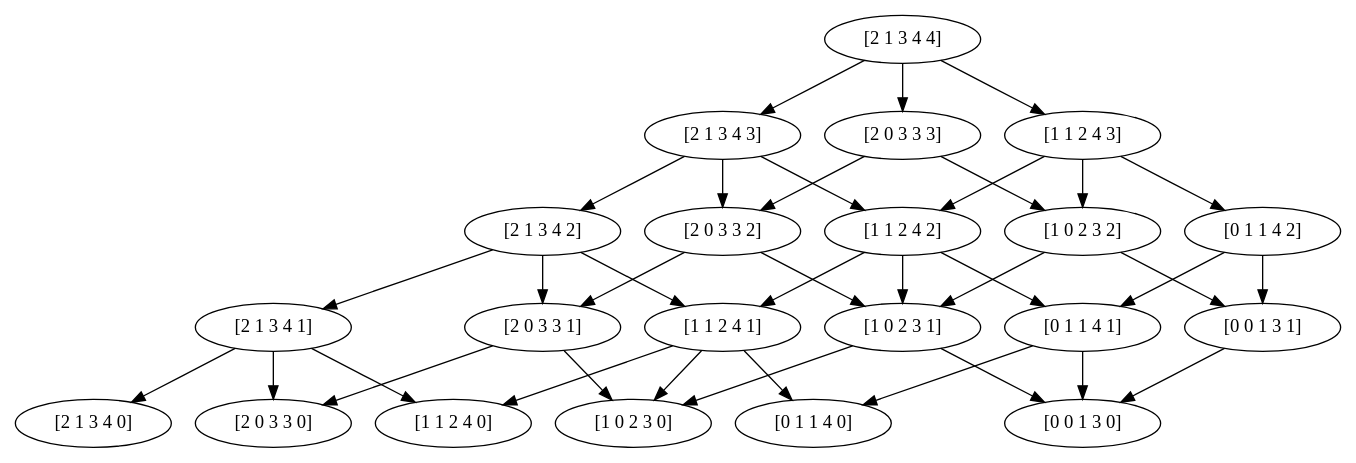
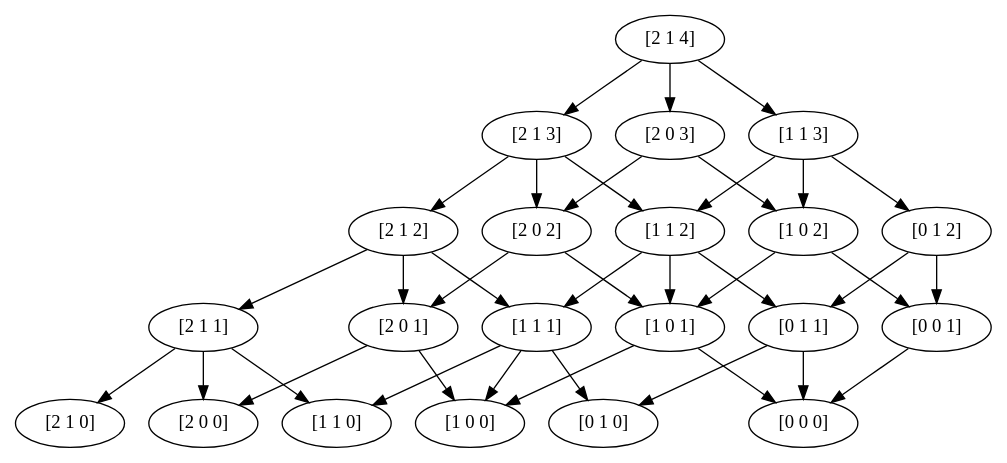
Before and after one commit to rb4k/DP-RM-with-storage: the diagram in test.dot, drawn with Graphviz. The commit also changed 7 other files, not shown here.

```diff
--- a/test.dot
+++ b/test.dot
@@ -1,59 +1,339 @@
-digraph G {
-0 [time=0, capacity="[2 1 3 4]", value=0, label="[2 1 3 4 0]"];
-1 [time=1, capacity="[2 1 3 4]", value="70.0", label="[2 1 3 4 1]"];
-2 [time=2, capacity="[2 1 3 4]", value="138.0", label="[2 1 3 4 2]"];
-3 [time=3, capacity="[2 1 3 4]", value="191.69", label="[2 1 3 4 3]"];
-4 [time=4, capacity="[2 1 3 4]", value="231.25", label="[2 1 3 4 4]"];
-555 [time=0, capacity="[0 0 1 3]", value=0, label="[0 0 1 3 0]"];
-556 [time=1, capacity="[0 0 1 3]", value="0.0", label="[0 0 1 3 1]"];
-450 [time=0, capacity="[0 1 1 4]", value=0, label="[0 1 1 4 0]"];
-451 [time=1, capacity="[0 1 1 4]", value="20.0", label="[0 1 1 4 1]"];
-452 [time=2, capacity="[0 1 1 4]", value="38.0", label="[0 1 1 4 2]"];
-330 [time=0, capacity="[1 0 2 3]", value=0, label="[1 0 2 3 0]"];
-331 [time=1, capacity="[1 0 2 3]", value="50.0", label="[1 0 2 3 1]"];
-332 [time=2, capacity="[1 0 2 3]", value="75.0", label="[1 0 2 3 2]"];
-225 [time=0, capacity="[1 1 2 4]", value=0, label="[1 1 2 4 0]"];
-226 [time=1, capacity="[1 1 2 4]", value="70.0", label="[1 1 2 4 1]"];
-227 [time=2, capacity="[1 1 2 4]", value="113.0", label="[1 1 2 4 2]"];
-228 [time=3, capacity="[1 1 2 4]", value="141.7", label="[1 1 2 4 3]"];
-105 [time=0, capacity="[2 0 3 3]", value=0, label="[2 0 3 3 0]"];
-106 [time=1, capacity="[2 0 3 3]", value="50.0", label="[2 0 3 3 1]"];
-107 [time=2, capacity="[2 0 3 3]", value="100.0", label="[2 0 3 3 2]"];
-108 [time=3, capacity="[2 0 3 3]", value="137.5", label="[2 0 3 3 3]"];
-1 -> 0  [key=0, weight_goal=0, goal="[2 1 3 4 0]", weight=0, revenue=0, time=1];
-1 -> 225  [key=1, weight_goal=0, goal="[1 1 2 4 0]", weight=100, revenue=100, time=1];
-1 -> 105  [key=2, weight_goal=0, goal="[2 0 3 3 0]", weight=200, revenue=200, time=1];
-2 -> 1  [key=0, weight_goal="70.0", goal="[2 1 3 4 1]", weight=0, revenue=0, time=2];
-2 -> 226  [key=1, weight_goal="70.0", goal="[1 1 2 4 1]", weight="100.0", revenue=100, time=2];
-2 -> 106  [key=2, weight_goal="50.0", goal="[2 0 3 3 1]", weight="180.0", revenue=200, time=2];
-3 -> 2  [key=0, weight_goal="138.0", goal="[2 1 3 4 2]", weight=0, revenue=0, time=3];
-3 -> 107  [key=2, weight_goal="100.0", goal="[2 0 3 3 2]", weight="162.0", revenue=200, time=3];
-3 -> 227  [key=1, weight_goal="113.0", goal="[1 1 2 4 2]", weight="75.0", revenue=100, time=3];
-4 -> 228  [key=1, weight_goal="141.7", goal="[1 1 2 4 3]", weight="50.01", revenue=100, time=4];
-4 -> 3  [key=0, weight_goal="191.69", goal="[2 1 3 4 3]", weight=0, revenue=0, time=4];
-4 -> 108  [key=2, weight_goal="137.5", goal="[2 0 3 3 3]", weight="145.81", revenue=200, time=4];
-556 -> 555  [key=0, weight_goal=0, goal="[0 0 1 3 0]", weight=0, revenue=0, time=1];
-451 -> 450  [key=0, weight_goal=0, goal="[0 1 1 4 0]", weight=0, revenue=0, time=1];
-451 -> 555  [key=2, weight_goal=0, goal="[0 0 1 3 0]", weight=200, revenue=200, time=1];
-452 -> 451  [key=0, weight_goal="20.0", goal="[0 1 1 4 1]", weight=0, revenue=0, time=2];
-452 -> 556  [key=2, weight_goal="0.0", goal="[0 0 1 3 1]", weight="180.0", revenue=200, time=2];
-331 -> 330  [key=0, weight_goal=0, goal="[1 0 2 3 0]", weight=0, revenue=0, time=1];
-331 -> 555  [key=1, weight_goal=0, goal="[0 0 1 3 0]", weight=100, revenue=100, time=1];
-332 -> 331  [key=0, weight_goal="50.0", goal="[1 0 2 3 1]", weight=0, revenue=0, time=2];
-332 -> 556  [key=1, weight_goal="0.0", goal="[0 0 1 3 1]", weight="50.0", revenue=100, time=2];
-226 -> 225  [key=0, weight_goal=0, goal="[1 1 2 4 0]", weight=0, revenue=0, time=1];
-226 -> 450  [key=1, weight_goal=0, goal="[0 1 1 4 0]", weight=100, revenue=100, time=1];
-226 -> 330  [key=2, weight_goal=0, goal="[1 0 2 3 0]", weight=200, revenue=200, time=1];
-227 -> 226  [key=0, weight_goal="70.0", goal="[1 1 2 4 1]", weight=0, revenue=0, time=2];
-227 -> 331  [key=2, weight_goal="50.0", goal="[1 0 2 3 1]", weight="180.0", revenue=200, time=2];
-227 -> 451  [key=1, weight_goal="20.0", goal="[0 1 1 4 1]", weight="50.0", revenue=100, time=2];
-228 -> 332  [key=2, weight_goal="75.0", goal="[1 0 2 3 2]", weight="162.0", revenue=200, time=3];
-228 -> 227  [key=0, weight_goal="113.0", goal="[1 1 2 4 2]", weight=0, revenue=0, time=3];
-228 -> 452  [key=1, weight_goal="38.0", goal="[0 1 1 4 2]", weight="25.0", revenue=100, time=3];
-106 -> 105  [key=0, weight_goal=0, goal="[2 0 3 3 0]", weight=0, revenue=0, time=1];
-106 -> 330  [key=1, weight_goal=0, goal="[1 0 2 3 0]", weight=100, revenue=100, time=1];
-107 -> 106  [key=0, weight_goal="50.0", goal="[2 0 3 3 1]", weight=0, revenue=0, time=2];
-107 -> 331  [key=1, weight_goal="50.0", goal="[1 0 2 3 1]", weight="100.0", revenue=100, time=2];
-108 -> 107  [key=0, weight_goal="100.0", goal="[2 0 3 3 2]", weight=0, revenue=0, time=3];
-108 -> 332  [key=1, weight_goal="75.0", goal="[1 0 2 3 2]", weight="75.0", revenue=100, time=3];
+digraph  {
+	node [label="\N"];
+	0	 [capacity="[2 1]",
+		label="[2 1 0]",
+		time=0,
+		value=0];
+	1	 [capacity="[2 1]",
+		label="[2 1 1]",
+		time=1,
+		value=70.0];
+	1 -> 0 [key=0,
+	goal="[2 1 0]",
+	not_best_politic=True,
+	revenue=0,
+	time=1,
+	weight=0,
+	weight_goal=0];
+5 [capacity="[2 0]",
+	label="[2 0 0]",
+	time=0,
+	value=0];
+1 -> 5 [key=2,
+goal="[2 0 0]",
+not_best_politic=False,
+revenue=200,
+time=1,
+weight=200,
+weight_goal=0];
+10 [capacity="[1 1]",
+label="[1 1 0]",
+time=0,
+value=0];
+1 -> 10 [key=1,
+goal="[1 1 0]",
+not_best_politic=True,
+revenue=100,
+time=1,
+weight=100,
+weight_goal=0];
+2 [capacity="[2 1]",
+label="[2 1 2]",
+time=2,
+value=138.0];
+2 -> 1 [key=0,
+goal="[2 1 1]",
+not_best_politic=True,
+revenue=0,
+time=2,
+weight=0,
+weight_goal=70.0];
+6 [capacity="[2 0]",
+label="[2 0 1]",
+time=1,
+value=50.0];
+2 -> 6 [key=2,
+goal="[2 0 1]",
+not_best_politic=False,
+revenue=200,
+time=2,
+weight=180.0,
+weight_goal=50.0];
+11 [capacity="[1 1]",
+label="[1 1 1]",
+time=1,
+value=70.0];
+2 -> 11 [key=1,
+goal="[1 1 1]",
+not_best_politic=True,
+revenue=100,
+time=2,
+weight=100.0,
+weight_goal=70.0];
+3 [capacity="[2 1]",
+label="[2 1 3]",
+time=3,
+value=191.69];
+3 -> 2 [key=0,
+goal="[2 1 2]",
+not_best_politic=True,
+revenue=0,
+time=3,
+weight=0,
+weight_goal=138.0];
+7 [capacity="[2 0]",
+label="[2 0 2]",
+time=2,
+value=100.0];
+3 -> 7 [key=2,
+goal="[2 0 2]",
+not_best_politic=False,
+revenue=200,
+time=3,
+weight=162.0,
+weight_goal=100.0];
+12 [capacity="[1 1]",
+label="[1 1 2]",
+time=2,
+value=113.0];
+3 -> 12 [key=1,
+goal="[1 1 2]",
+not_best_politic=True,
+revenue=100,
+time=3,
+weight=75.0,
+weight_goal=113.0];
+4 [capacity="[2 1]",
+label="[2 1 4]",
+time=4,
+value=231.25];
+4 -> 3 [key=0,
+goal="[2 1 3]",
+not_best_politic=True,
+revenue=0,
+time=4,
+weight=0,
+weight_goal=191.69];
+8 [capacity="[2 0]",
+label="[2 0 3]",
+time=3,
+value=137.5];
+4 -> 8 [key=2,
+goal="[2 0 3]",
+not_best_politic=False,
+revenue=200,
+time=4,
+weight=145.81,
+weight_goal=137.5];
+13 [capacity="[1 1]",
+label="[1 1 3]",
+time=3,
+value=141.7];
+4 -> 13 [key=1,
+goal="[1 1 3]",
+not_best_politic=True,
+revenue=100,
+time=4,
+weight=50.01,
+weight_goal=141.7];
+6 -> 5 [key=0,
+goal="[2 0 0]",
+not_best_politic=False,
+revenue=0,
+time=1,
+weight=0,
+weight_goal=0];
+15 [capacity="[1 0]",
+label="[1 0 0]",
+time=0,
+value=0];
+6 -> 15 [key=1,
+goal="[1 0 0]",
+not_best_politic=True,
+revenue=100,
+time=1,
+weight=100,
+weight_goal=0];
+7 -> 6 [key=0,
+goal="[2 0 1]",
+not_best_politic=False,
+revenue=0,
+time=2,
+weight=0,
+weight_goal=50.0];
+16 [capacity="[1 0]",
+label="[1 0 1]",
+time=1,
+value=50.0];
+7 -> 16 [key=1,
+goal="[1 0 1]",
+not_best_politic=True,
+revenue=100,
+time=2,
+weight=100.0,
+weight_goal=50.0];
+8 -> 7 [key=0,
+goal="[2 0 2]",
+not_best_politic=True,
+revenue=0,
+time=3,
+weight=0,
+weight_goal=100.0];
+17 [capacity="[1 0]",
+label="[1 0 2]",
+time=2,
+value=75.0];
+8 -> 17 [key=1,
+goal="[1 0 2]",
+not_best_politic=False,
+revenue=100,
+time=3,
+weight=75.0,
+weight_goal=75.0];
+11 -> 10 [key=0,
+goal="[1 1 0]",
+not_best_politic=True,
+revenue=0,
+time=1,
+weight=0,
+weight_goal=0];
+11 -> 15 [key=2,
+goal="[1 0 0]",
+not_best_politic=False,
+revenue=200,
+time=1,
+weight=200,
+weight_goal=0];
+20 [capacity="[0 1]",
+label="[0 1 0]",
+time=0,
+value=0];
+11 -> 20 [key=1,
+goal="[0 1 0]",
+not_best_politic=True,
+revenue=100,
+time=1,
+weight=100,
+weight_goal=0];
+12 -> 11 [key=0,
+goal="[1 1 1]",
+not_best_politic=True,
+revenue=0,
+time=2,
+weight=0,
+weight_goal=70.0];
+12 -> 16 [key=2,
+goal="[1 0 1]",
+not_best_politic=False,
+revenue=200,
+time=2,
+weight=180.0,
+weight_goal=50.0];
+21 [capacity="[0 1]",
+label="[0 1 1]",
+time=1,
+value=20.0];
+12 -> 21 [key=1,
+goal="[0 1 1]",
+not_best_politic=True,
+revenue=100,
+time=2,
+weight=50.0,
+weight_goal=20.0];
+13 -> 12 [key=0,
+goal="[1 1 2]",
+not_best_politic=True,
+revenue=0,
+time=3,
+weight=0,
+weight_goal=113.0];
+13 -> 17 [key=2,
+goal="[1 0 2]",
+not_best_politic=False,
+revenue=200,
+time=3,
+weight=162.0,
+weight_goal=75.0];
+22 [capacity="[0 1]",
+label="[0 1 2]",
+time=2,
+value=38.0];
+13 -> 22 [key=1,
+goal="[0 1 2]",
+not_best_politic=True,
+revenue=100,
+time=3,
+weight=25.0,
+weight_goal=38.0];
+16 -> 15 [key=0,
+goal="[1 0 0]",
+not_best_politic=False,
+revenue=0,
+time=1,
+weight=0,
+weight_goal=0];
+25 [capacity="[0 0]",
+label="[0 0 0]",
+time=0,
+value=0];
+16 -> 25 [key=1,
+goal="[0 0 0]",
+not_best_politic=True,
+revenue=100,
+time=1,
+weight=100,
+weight_goal=0];
+17 -> 16 [key=0,
+goal="[1 0 1]",
+not_best_politic=False,
+revenue=0,
+time=2,
+weight=0,
+weight_goal=50.0];
+26 [capacity="[0 0]",
+label="[0 0 1]",
+time=1,
+value=0.0];
+17 -> 26 [key=1,
+goal="[0 0 1]",
+not_best_politic=True,
+revenue=100,
+time=2,
+weight=50.0,
+weight_goal=0.0];
+21 -> 20 [key=0,
+goal="[0 1 0]",
+not_best_politic=True,
+revenue=0,
+time=1,
+weight=0,
+weight_goal=0];
+21 -> 25 [key=2,
+goal="[0 0 0]",
+not_best_politic=False,
+revenue=200,
+time=1,
+weight=200,
+weight_goal=0];
+22 -> 21 [key=0,
+goal="[0 1 1]",
+not_best_politic=True,
+revenue=0,
+time=2,
+weight=0,
+weight_goal=20.0];
+22 -> 26 [key=2,
+goal="[0 0 1]",
+not_best_politic=False,
+revenue=200,
+time=2,
+weight=180.0,
+weight_goal=0.0];
+26 -> 25 [key=0,
+goal="[0 0 0]",
+not_best_politic=False,
+revenue=0,
+time=1,
+weight=0,
+weight_goal=0];
 }
```
